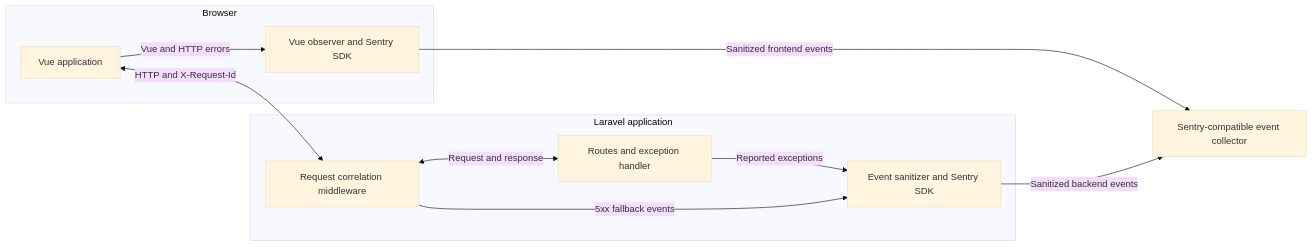
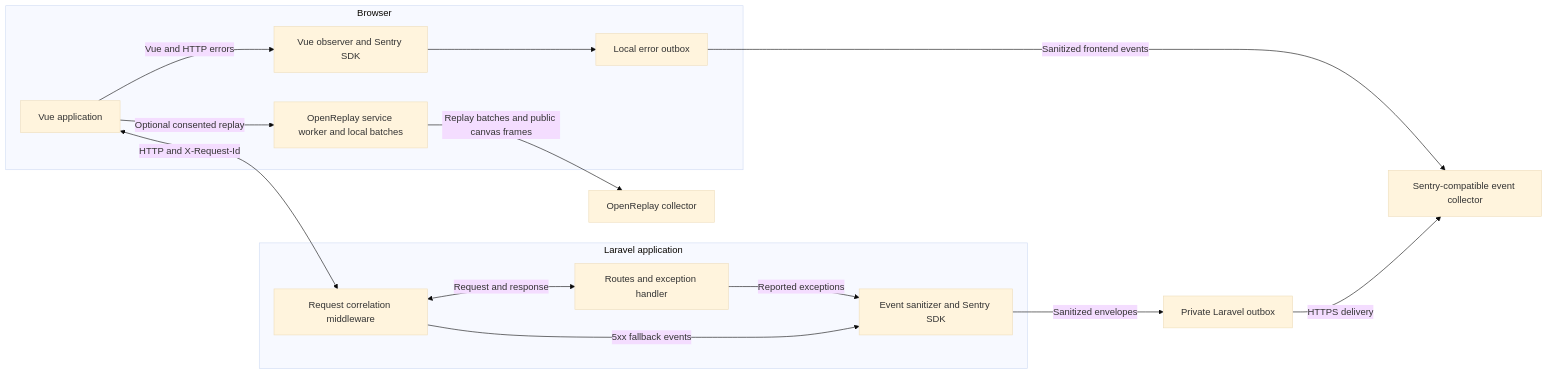
Before and after one commit to alanmjc/FaultThread: the first of 2 diagrams in README.md, drawn with Mermaid (base theme). The commit also changed other lines of this file and 8 other files, not shown here.

First line of the commit message:
feat(laravel): retain events for deferred delivery

````diff
--- a/README.md
+++ b/README.md
@@ -13,21 +15,26 @@
 ```mermaid
 flowchart LR
     subgraph BROWSER["Browser"]
         VUE["Vue application"]
         FRONTEND["Vue observer and Sentry SDK"]
         VUE -->|Vue and HTTP errors| FRONTEND
+        BROWSER_QUEUE["Local error outbox"]
+        FRONTEND --> BROWSER_QUEUE
+        VUE -->|Optional consented replay| REPLAY_QUEUE["OpenReplay service worker and local batches"]
     end
 
     subgraph BACKEND["Laravel application"]
         MIDDLEWARE["Request correlation middleware"]
         APP["Routes and exception handler"]
         SENTRY["Event sanitizer and Sentry SDK"]
         MIDDLEWARE <-->|Request and response| APP
         APP -->|Reported exceptions| SENTRY
         MIDDLEWARE -->|5xx fallback events| SENTRY
     end
 
     VUE <-->|HTTP and X-Request-Id| MIDDLEWARE
-    FRONTEND -->|Sanitized frontend events| COLLECTOR["Sentry-compatible event collector"]
-    SENTRY -->|Sanitized backend events| COLLECTOR
+    REPLAY_QUEUE -->|Replay batches and public canvas frames| OR["OpenReplay collector"]
+    BROWSER_QUEUE -->|Sanitized frontend events| COLLECTOR["Sentry-compatible event collector"]
+    SENTRY -->|Sanitized envelopes| DISK["Private Laravel outbox"]
+    DISK -->|HTTPS delivery| COLLECTOR
 ```
````
